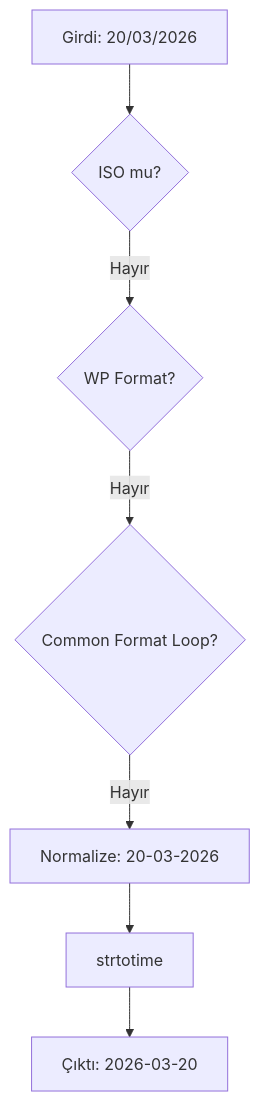
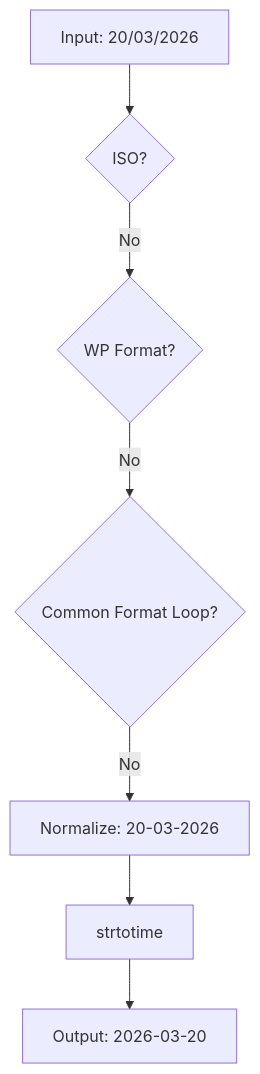
The diagram in docs/04-developer/ui-components/date-validation.md (MaxHandMade/mhm-rentiva-docs), drawn with Mermaid before and after one commit. The commit also changed other lines of this file and 347 other files, not shown here.

````diff
--- a/docs/04-developer/ui-components/date-validation.md
+++ b/docs/04-developer/ui-components/date-validation.md
@@ -33,9 +33,9 @@
 ```mermaid
 graph TD
-    A[Girdi: 20/03/2026] --> B{ISO mu?}
-    B -- Hayır --> C{WP Format?}
-    C -- Hayır --> D{Common Format Loop?}
-    D -- Hayır --> E[Normalize: 20-03-2026]
+    A[Input: 20/03/2026] --> B{ISO?}
+    B -- No --> C{WP Format?}
+    C -- No --> D{Common Format Loop?}
+    D -- No --> E[Normalize: 20-03-2026]
     E --> F[strtotime]
-    F --> G[Çıktı: 2026-03-20]
+    F --> G[Output: 2026-03-20]
 ```
````
